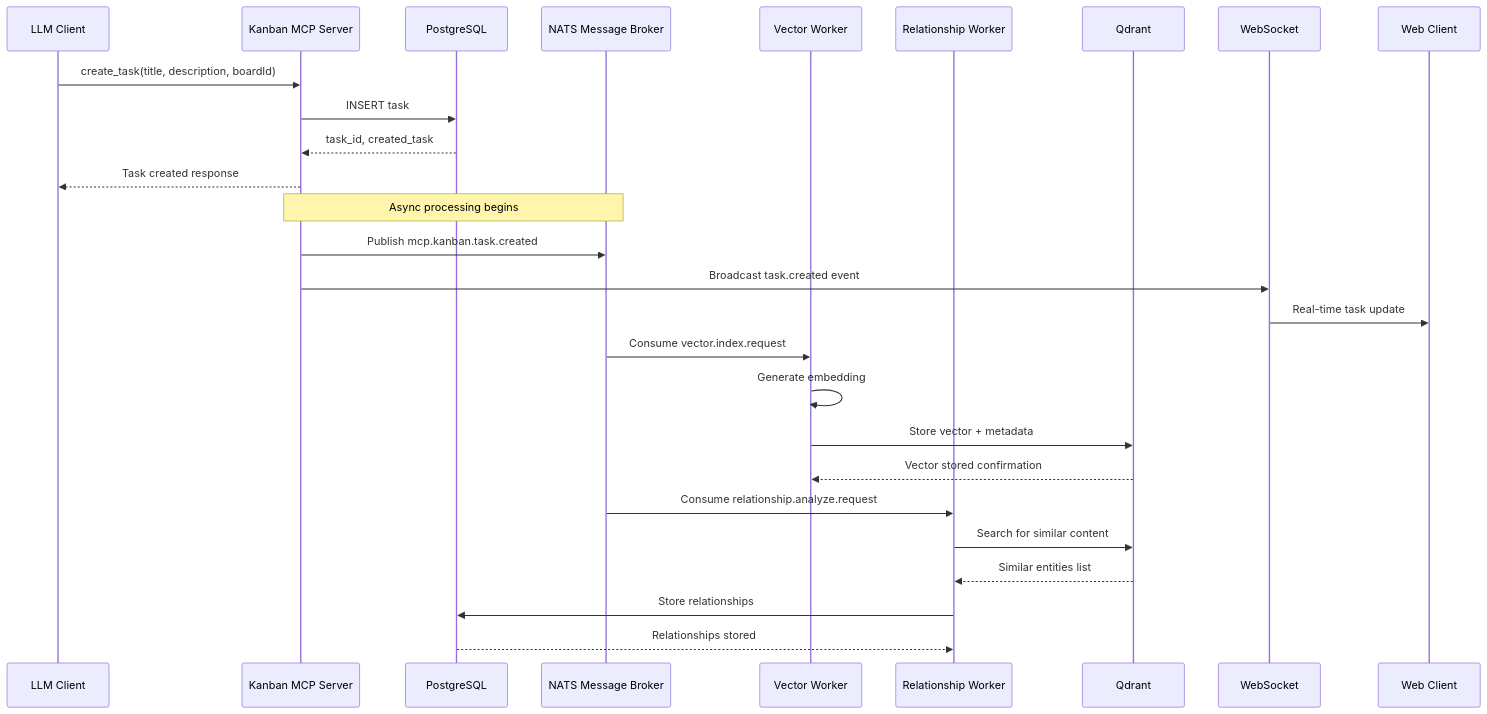
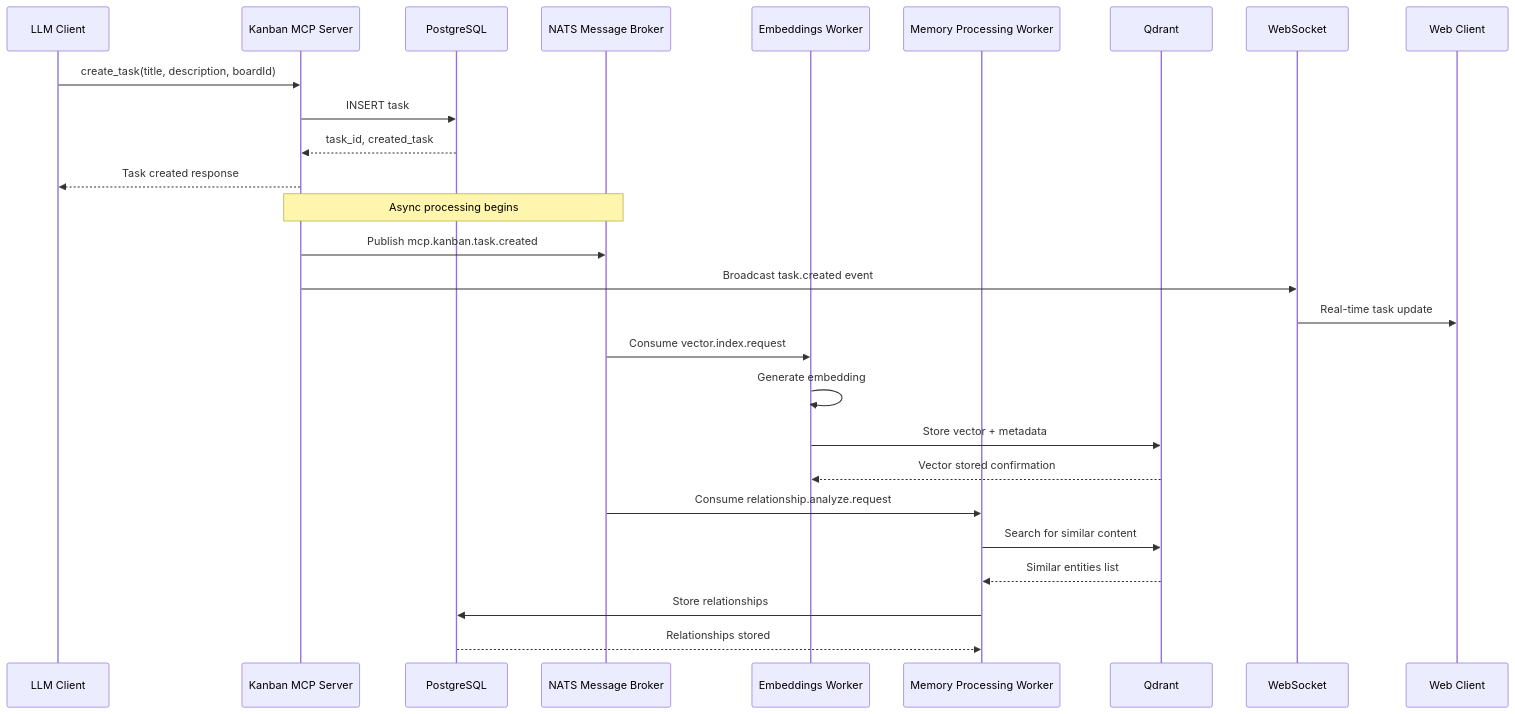
One commit to tylercoles-dev/tools changed the first of 8 diagrams in docs/DATA_FLOW_DIAGRAMS.md. Above: the diagram before and after it, drawn with Mermaid. The commit also changed other lines of this file and 5 other files, not shown here.

First line of the commit message:
docs: fix broken Rust references and update to TypeScript architecture

````diff
--- a/docs/DATA_FLOW_DIAGRAMS.md
+++ b/docs/DATA_FLOW_DIAGRAMS.md
@@ -13,33 +13,33 @@
 ```mermaid
 sequenceDiagram
     participant LLM as LLM Client
     participant KS as Kanban MCP Server
     participant PG as PostgreSQL
     participant NATS as NATS Message Broker
-    participant VW as Vector Worker
-    participant RW as Relationship Worker
+    participant VW as Embeddings Worker
+    participant RW as Memory Processing Worker
     participant QD as Qdrant
     participant WS as WebSocket
     participant WEB as Web Client
 
     LLM->>KS: create_task(title, description, boardId)
     KS->>PG: INSERT task
     PG-->>KS: task_id, created_task
     KS-->>LLM: Task created response
     
     Note over KS,NATS: Async processing begins
     KS->>NATS: Publish mcp.kanban.task.created
     KS->>WS: Broadcast task.created event
     WS->>WEB: Real-time task update
     
     NATS->>VW: Consume vector.index.request
     VW->>VW: Generate embedding
     VW->>QD: Store vector + metadata
     QD-->>VW: Vector stored confirmation
     
     NATS->>RW: Consume relationship.analyze.request  
     RW->>QD: Search for similar content
     QD-->>RW: Similar entities list
     RW->>PG: Store relationships
     PG-->>RW: Relationships stored
 ```
````
